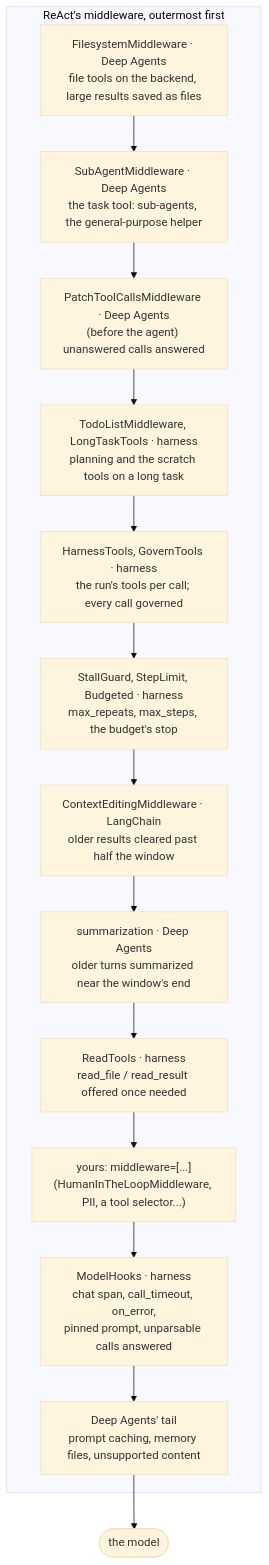
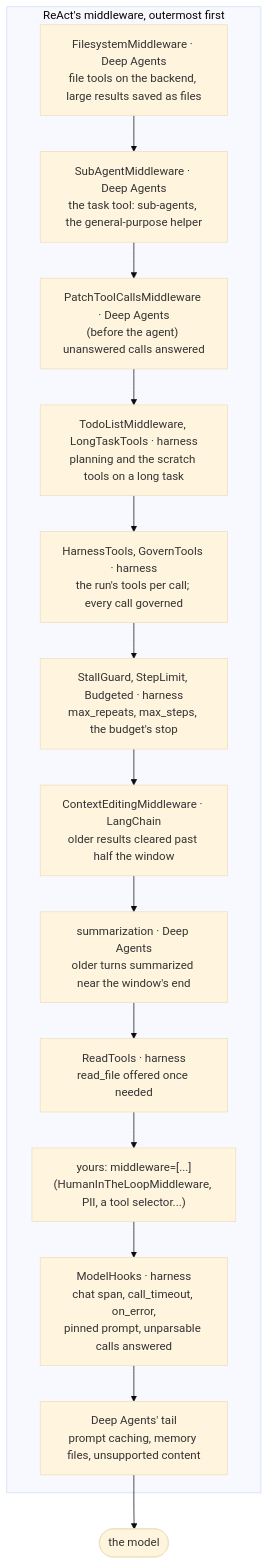
Before and after one commit to amitmohapatra/agent-harness: the ninth of 10 diagrams in docs/architecture.md, drawn with Mermaid (base theme). The commit also changed other lines of this file and 13 other files, not shown here.

````diff
--- a/docs/architecture.md
+++ b/docs/architecture.md
@@ -457,18 +457,18 @@
 ```mermaid
 flowchart TB
   subgraph stack["ReAct's middleware, outermost first"]
     fs["FilesystemMiddleware · Deep Agents<br/>file tools on the backend, large results saved as files"]
     sa["SubAgentMiddleware · Deep Agents<br/>the task tool: sub-agents, the general-purpose helper"]
     pt["PatchToolCallsMiddleware · Deep Agents<br/>(before the agent) unanswered calls answered"]
     pl["TodoListMiddleware, LongTaskTools · harness<br/>planning and the scratch tools on a long task"]
     ht["HarnessTools, GovernTools · harness<br/>the run's tools per call; every call governed"]
     sg["StallGuard, StepLimit, Budgeted · harness<br/>max_repeats, max_steps, the budget's stop"]
     ce["ContextEditingMiddleware · LangChain<br/>older results cleared past half the window"]
     su["summarization · Deep Agents<br/>older turns summarized near the window's end"]
-    rt["ReadTools · harness<br/>read_file / read_result offered once needed"]
+    rt["ReadTools · harness<br/>read_file offered once needed"]
     yours["yours: middleware=[...]<br/>(HumanInTheLoopMiddleware, PII, a tool selector...)"]
     mh["ModelHooks · harness<br/>chat span, call_timeout, on_error,<br/>pinned prompt, unparsable calls answered"]
     tail["Deep Agents' tail<br/>prompt caching, memory files, unsupported content"]
   end
   fs --> sa --> pt --> pl --> ht --> sg --> ce --> su --> rt --> yours --> mh --> tail --> model(["the model"])
 ```
````
